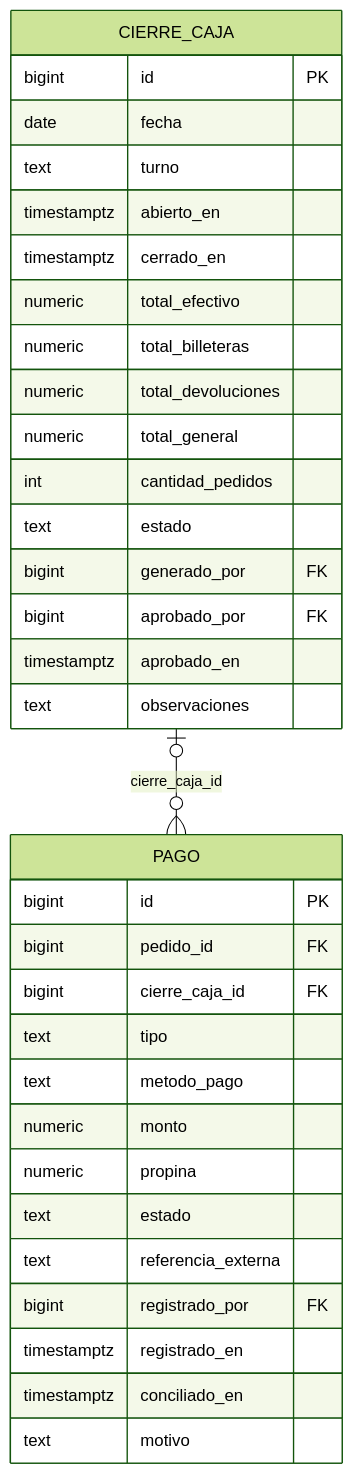
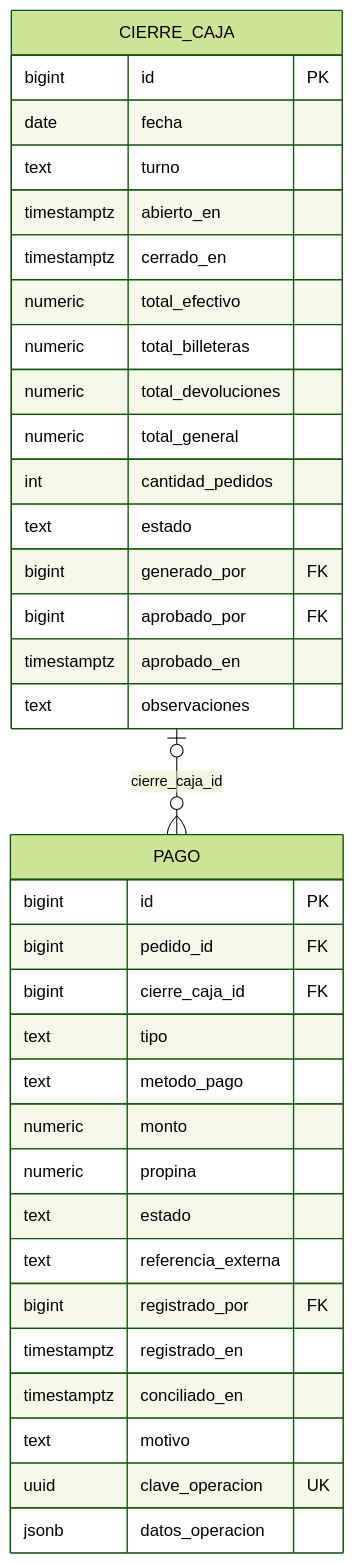
Before and after one commit to Ignapag/Proyecto---Seminario-Integrador-2026: the sixth of 11 diagrams in docs/DER.md, drawn with Mermaid (forest theme). The commit also changed other lines of this file and 82 other files, not shown here.

````diff
--- a/docs/DER.md
+++ b/docs/DER.md
@@ -395,36 +403,38 @@
 ```mermaid
 erDiagram
     CIERRE_CAJA o|--o{ PAGO : cierre_caja_id
     CIERRE_CAJA {
         bigint id PK
         date fecha
         text turno
         timestamptz abierto_en
         timestamptz cerrado_en
         numeric total_efectivo
         numeric total_billeteras
         numeric total_devoluciones
         numeric total_general
         int cantidad_pedidos
         text estado
         bigint generado_por FK
         bigint aprobado_por FK
         timestamptz aprobado_en
         text observaciones
     }
     PAGO {
         bigint id PK
         bigint pedido_id FK
         bigint cierre_caja_id FK
         text tipo
         text metodo_pago
         numeric monto
         numeric propina
         text estado
         text referencia_externa
         bigint registrado_por FK
         timestamptz registrado_en
         timestamptz conciliado_en
         text motivo
+        uuid clave_operacion UK
+        jsonb datos_operacion
     }
 ```
````
